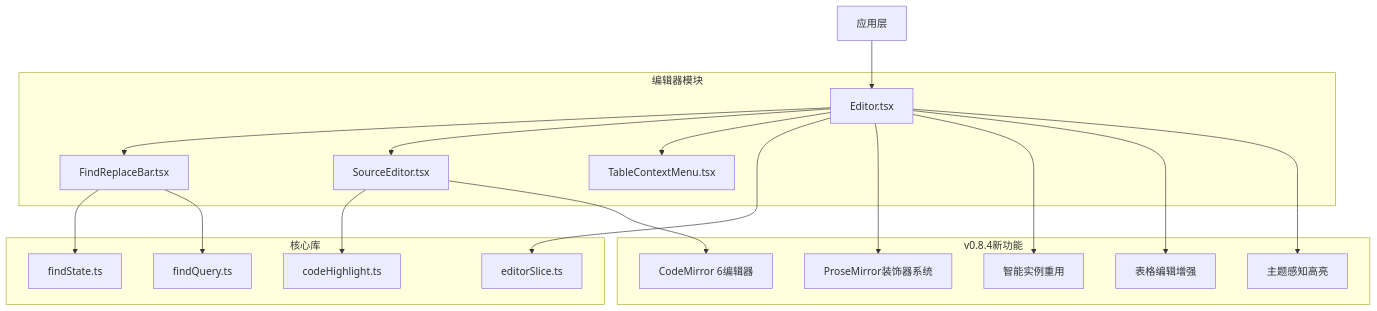
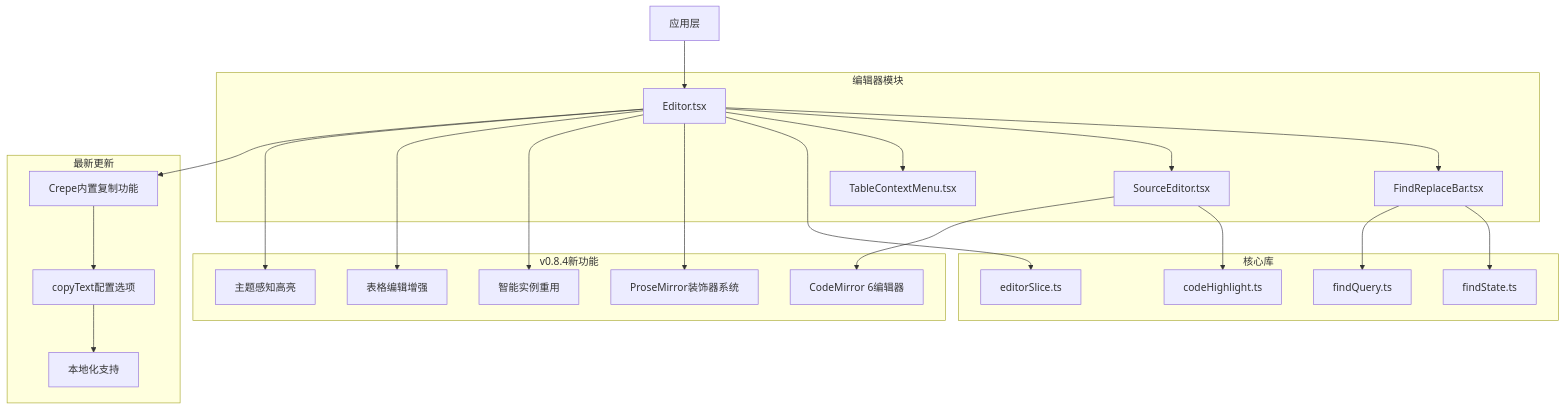
The first of 8 diagrams in .qoder/repowiki/zh/content/核心组件/编辑器组件.md (gongshiyun/ZenNote), drawn with Mermaid before and after one commit. The commit also changed other lines of this file and 71 other files, not shown here.

Commit message:
feat: 发布 v0.8.10 — 表格交互重做(单元格拖拽多选+右键菜单行/列/整表操作，移除合并/拆分/切换表头)、表格多选在右键菜单期间稳定保持、图片点击缩放查看(Mermaid放大浮层)、界面图标整体放大一档；同步清理对应孤儿代码与测试

````diff
--- a/.qoder/repowiki/zh/content/核心组件/编辑器组件.md
+++ b/.qoder/repowiki/zh/content/核心组件/编辑器组件.md
@@ -52,35 +56,43 @@
 ```mermaid
 graph TB
 subgraph "编辑器模块"
 E["Editor.tsx"]
 FR["FindReplaceBar.tsx"]
 SE["SourceEditor.tsx"]
 TCM["TableContextMenu.tsx"]
 end
 subgraph "核心库"
 FS["findState.ts"]
 CH["codeHighlight.ts"]
 FQ["findQuery.ts"]
 ES["editorSlice.ts"]
 end
 subgraph "v0.8.4新功能"
 PMDECORATION["ProseMirror装饰器系统"]
 CM6EDITOR["CodeMirror 6编辑器"]
 INSTANCEREUSE["智能实例重用"]
 TABLEENHANCE["表格编辑增强"]
 THEMEAWARE["主题感知高亮"]
 end
+subgraph "最新更新"
+CREPECOPY["Crepe内置复制功能"]
+COPYTEXT["copyText配置选项"]
+LOCALIZATION["本地化支持"]
+end
 APP["应用层"] --> E
 E --> FR
 E --> SE
 E --> TCM
 FR --> FS
 FR --> FQ
 SE --> CH
 E --> ES
 E --> PMDECORATION
 SE --> CM6EDITOR
 E --> INSTANCEREUSE
 E --> TABLEENHANCE
 E --> THEMEAWARE
+E --> CREPECOPY
+CREPECOPY --> COPYTEXT
+COPYTEXT --> LOCALIZATION
 ```
````
